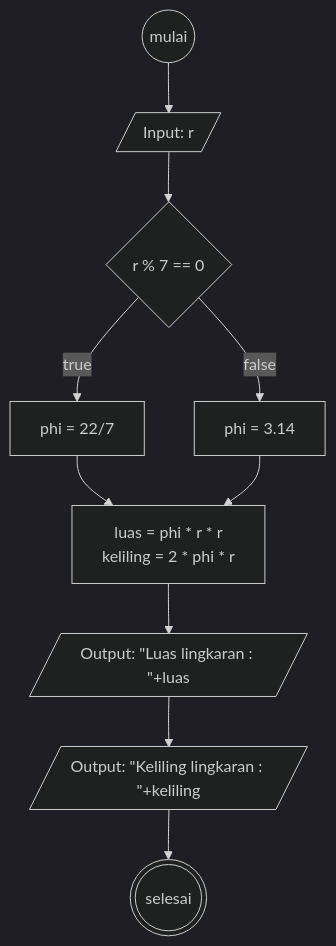
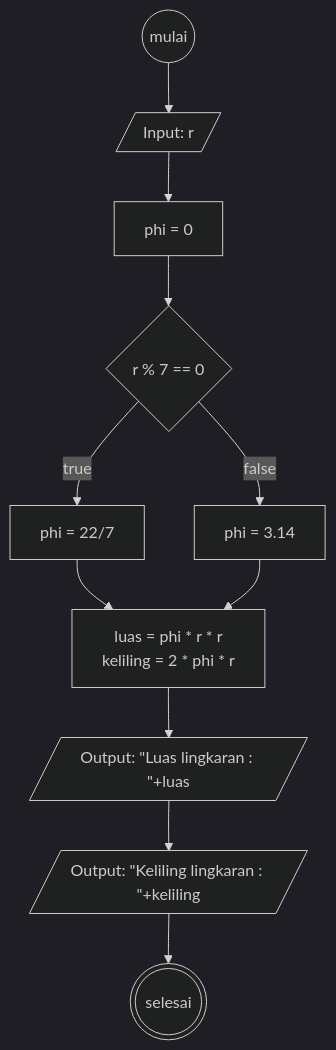
One commit to alhilalfathi/koda-b6-javascript1 changed the diagram in readme.md. Above: the diagram before and after it, drawn with Mermaid (dark theme). The commit also changed 1 other file, not shown here.

````diff
--- a/readme.md
+++ b/readme.md
@@ -5,20 +5,21 @@
 ```mermaid
 flowchart TD
     mulai@{ shape: circle}
     input@{ shape: lean-r, label: "Input: r"}
+    letphi@{ label: "phi = 0"}
     if@{ shape: diamond, label: "r % 7 == 0"}
     phi1@{ label: "phi = 3.14"}
     phi2@{ label: "phi = 22/7"}
     rumus@{ label: "luas = phi * r * r
     keliling = 2 * phi * r"}
     output1@{ shape: lean-r, label: "Output: #quot;Luas lingkaran : #quot;+luas"}
     output2@{ shape: lean-r, label: "Output: #quot;Keliling lingkaran : #quot;+keliling"}
     selesai@{ shape: dbl-circ}
 
-    mulai-->input-->if
+    mulai-->input-->letphi-->if
     if--false-->phi1
     if--true-->phi2
     phi2-->rumus
     phi1-->rumus
     rumus-->output1-->output2-->selesai
 ```
````
